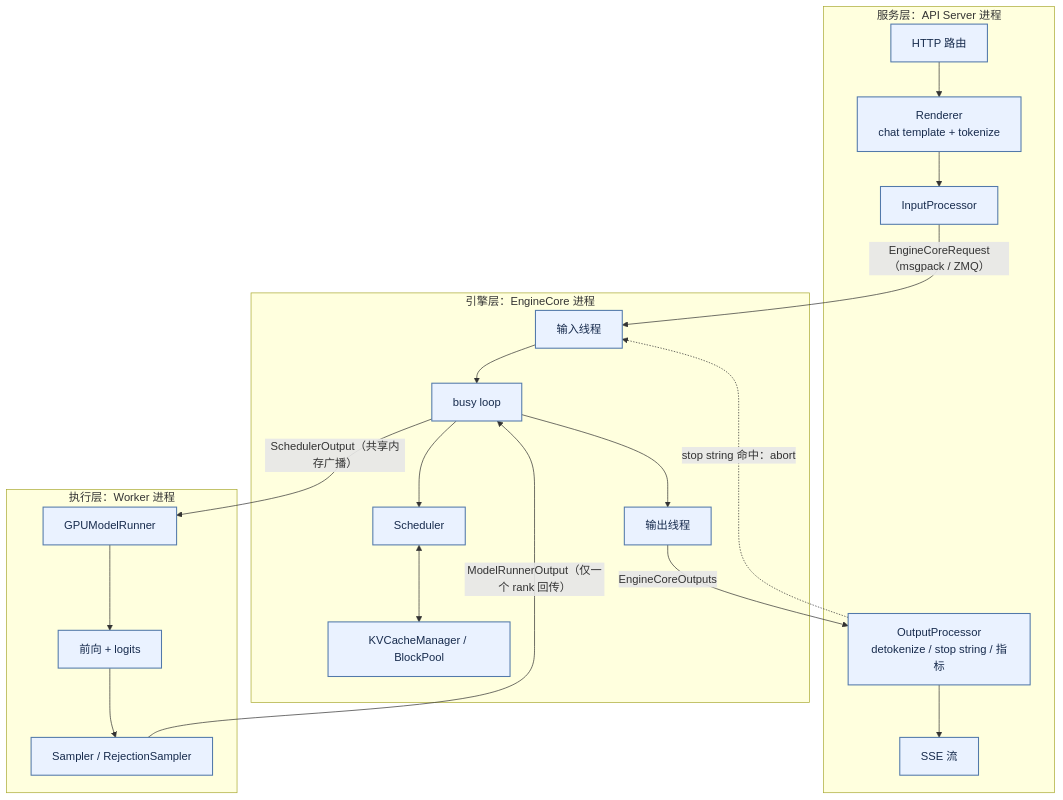
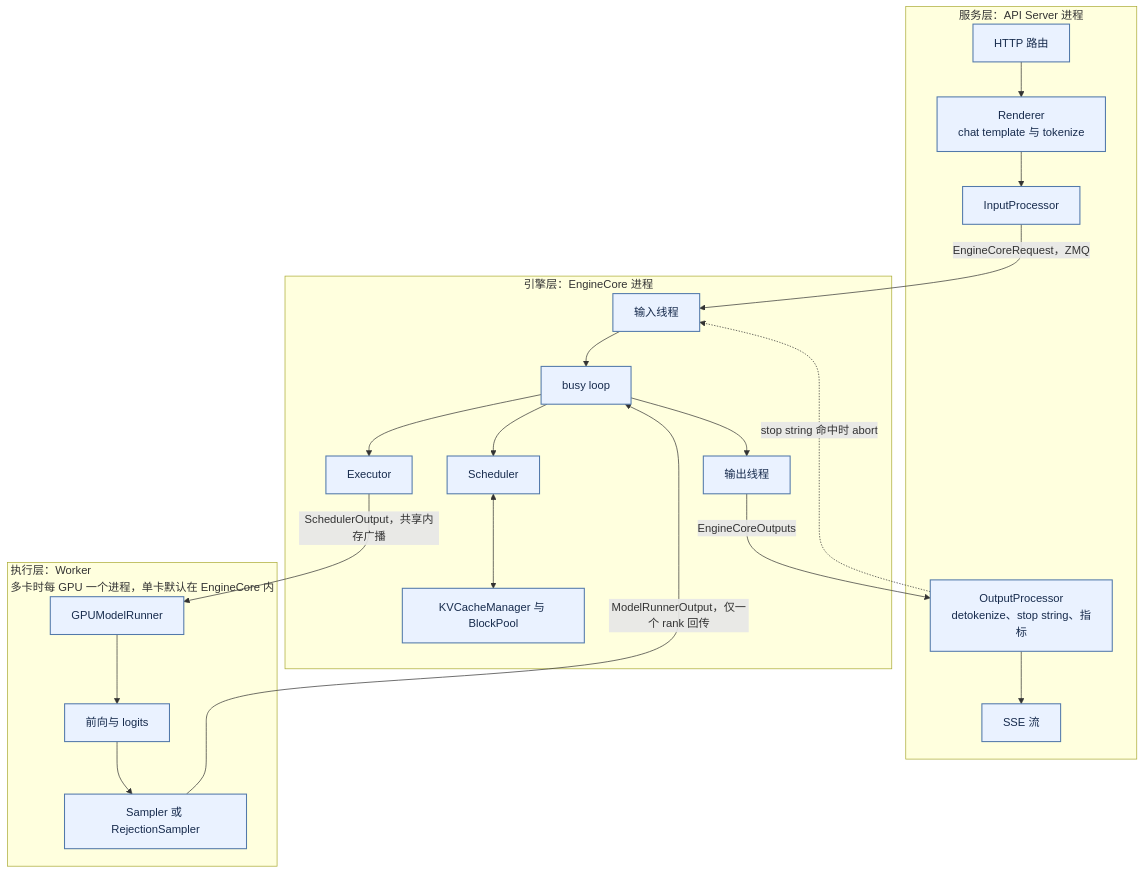
One commit to wxquare/wxquare.github.io changed the second of 18 diagrams in books/ai-book/src/part2/03-inference.md. Above: the diagram before and after it, drawn with Mermaid. The commit also changed other lines of this file and 4 other files, not shown here.

````diff
--- a/books/ai-book/src/part2/03-inference.md
+++ b/books/ai-book/src/part2/03-inference.md
@@ -206,24 +86,26 @@
 ```mermaid
 flowchart TB
     subgraph L1["服务层：API Server 进程"]
-        H["HTTP 路由"] --> RD["Renderer<br/>chat template + tokenize"]
+        H["HTTP 路由"] --> RD["Renderer<br/>chat template 与 tokenize"]
         RD --> IPR["InputProcessor"]
-        OPR["OutputProcessor<br/>detokenize / stop string / 指标"] --> SSE["SSE 流"]
+        OPR["OutputProcessor<br/>detokenize、stop string、指标"] --> SSE["SSE 流"]
     end
     subgraph L2["引擎层：EngineCore 进程"]
         IN["输入线程"] --> BL["busy loop"]
         BL --> SC["Scheduler"]
-        SC <--> KV["KVCacheManager / BlockPool"]
+        SC <--> KV["KVCacheManager 与 BlockPool"]
         BL --> OUT["输出线程"]
+        EX["Executor"]
+        BL --> EX
     end
-    subgraph L3["执行层：Worker 进程"]
-        MR2["GPUModelRunner"] --> FW["前向 + logits"]
-        FW --> SP["Sampler / RejectionSampler"]
+    subgraph L3["执行层：Worker<br/>多卡时每 GPU 一个进程，单卡默认在 EngineCore 内"]
+        MR2["GPUModelRunner"] --> FW["前向与 logits"]
+        FW --> SP["Sampler 或 RejectionSampler"]
     end
-    IPR -->|"EngineCoreRequest（msgpack / ZMQ）"| IN
+    IPR -->|"EngineCoreRequest，ZMQ"| IN
     OUT -->|"EngineCoreOutputs"| OPR
-    BL -->|"SchedulerOutput（共享内存广播）"| MR2
-    SP -->|"ModelRunnerOutput（仅一个 rank 回传）"| BL
-    OPR -.->|"stop string 命中：abort"| IN
+    EX -->|"SchedulerOutput，共享内存广播"| MR2
+    SP -->|"ModelRunnerOutput，仅一个 rank 回传"| BL
+    OPR -.->|"stop string 命中时 abort"| IN
     classDef default fill:#eaf2ff,stroke:#5279aa,stroke-width:1.5px,color:#172b4d;
 ```
````
